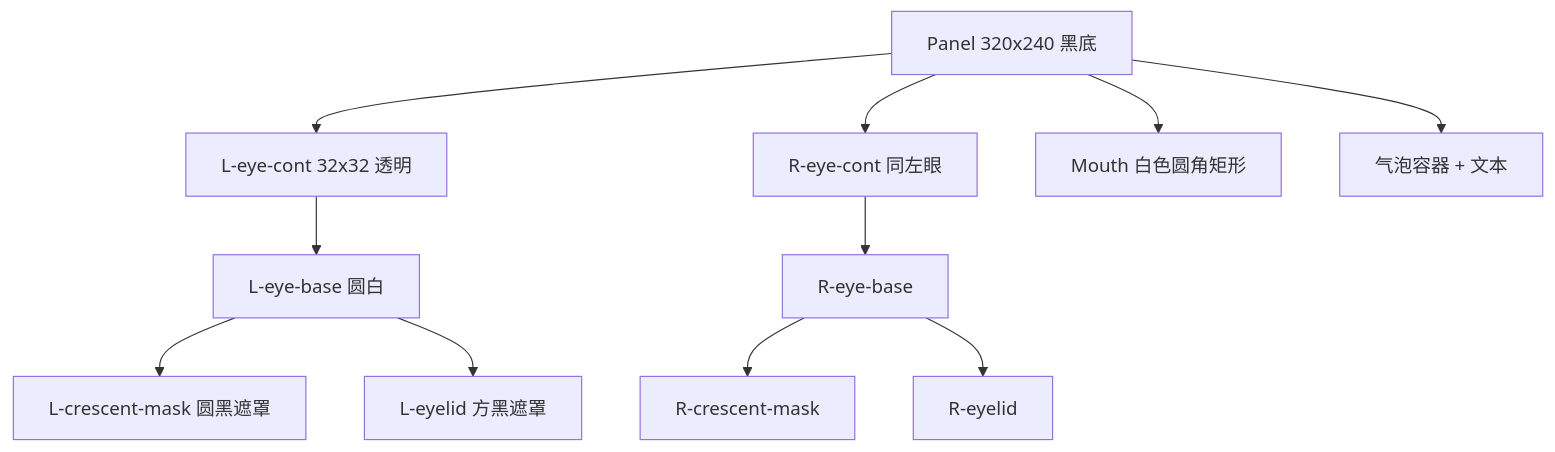
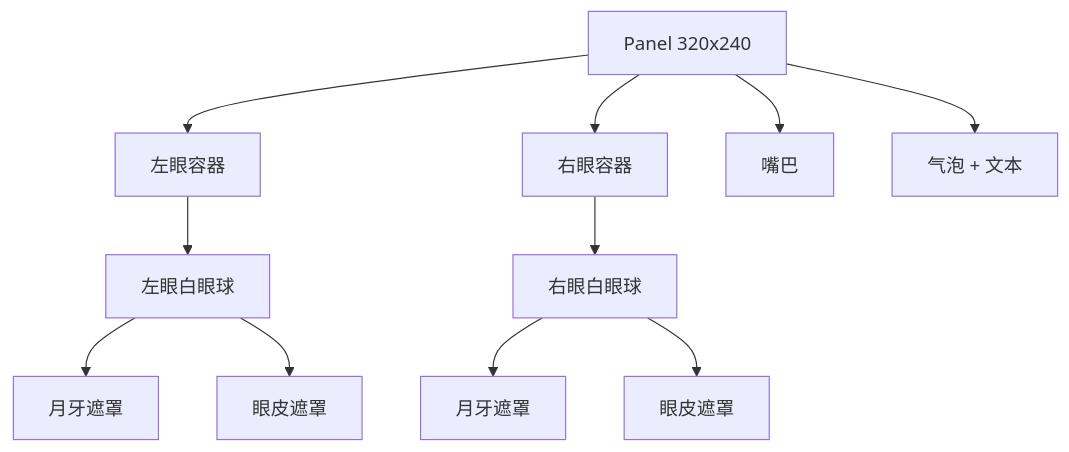
One commit to zyj1018/M5StackS3Learn changed the third of 3 diagrams in CodeArchitecture.md. Above: the diagram before and after it, drawn with Mermaid. The commit also changed other lines of this file, not shown here.

First line of the commit message:
``` docs(CodeArchitecture): 更新项目架构文档以反映小智ESP32集成

````diff
--- a/CodeArchitecture.md
+++ b/CodeArchitecture.md
@@ -100,14 +96,14 @@
 ```mermaid
 graph TD
-  P[Panel 320x240 黑底]
-  P --> LEC[L-eye-cont 32x32 透明]
-  LEC --> LBase[L-eye-base 圆白]
-  LBase --> LCres[L-crescent-mask 圆黑遮罩]
-  LBase --> LEyelid[L-eyelid 方黑遮罩]
-  P --> REC[R-eye-cont 同左眼]
-  REC --> RBase[R-eye-base]
-  RBase --> RCres[R-crescent-mask]
-  RBase --> REyelid[R-eyelid]
-  P --> M[Mouth 白色圆角矩形]
-  P --> Bubble[气泡容器 + 文本]
+  P[Panel 320x240]
+  P --> LEC[左眼容器]
+  LEC --> LBase[左眼白眼球]
+  LBase --> LCres[月牙遮罩]
+  LBase --> LEyelid[眼皮遮罩]
+  P --> REC[右眼容器]
+  REC --> RBase[右眼白眼球]
+  RBase --> RCres[月牙遮罩]
+  RBase --> REyelid[眼皮遮罩]
+  P --> M[嘴巴]
+  P --> Bubble[气泡 + 文本]
 ```
````
